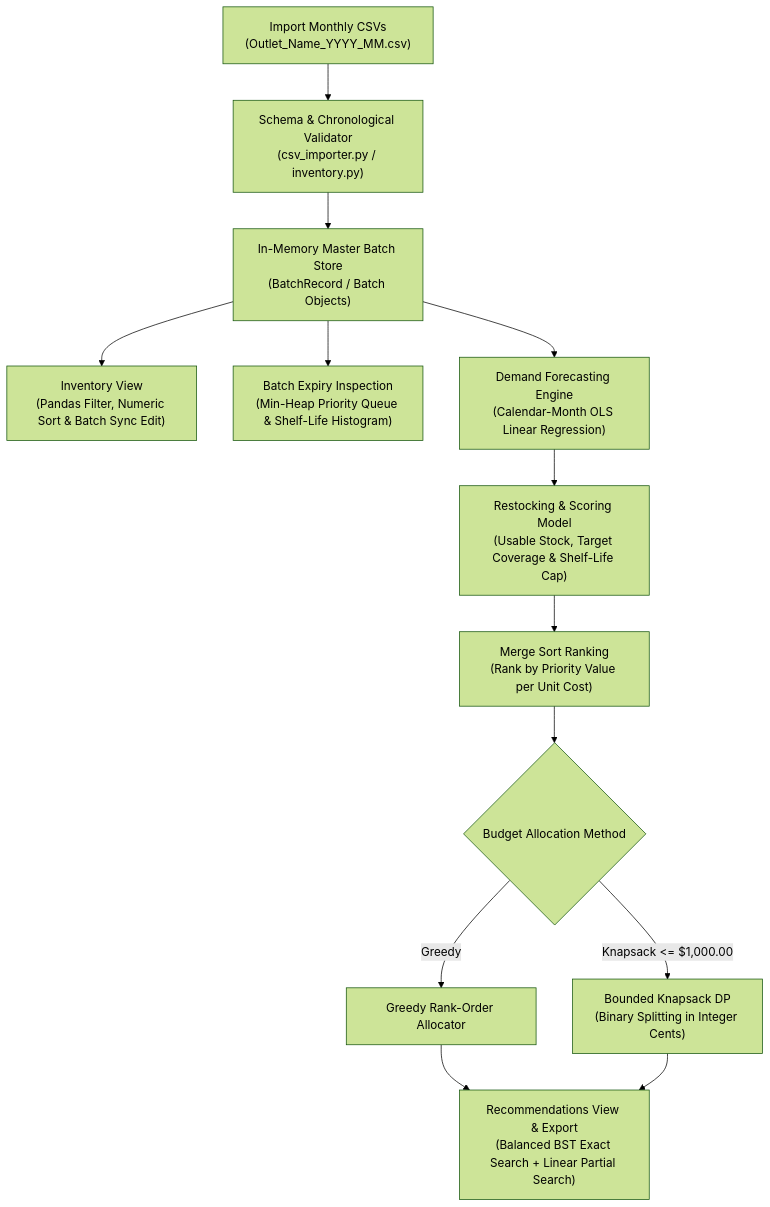
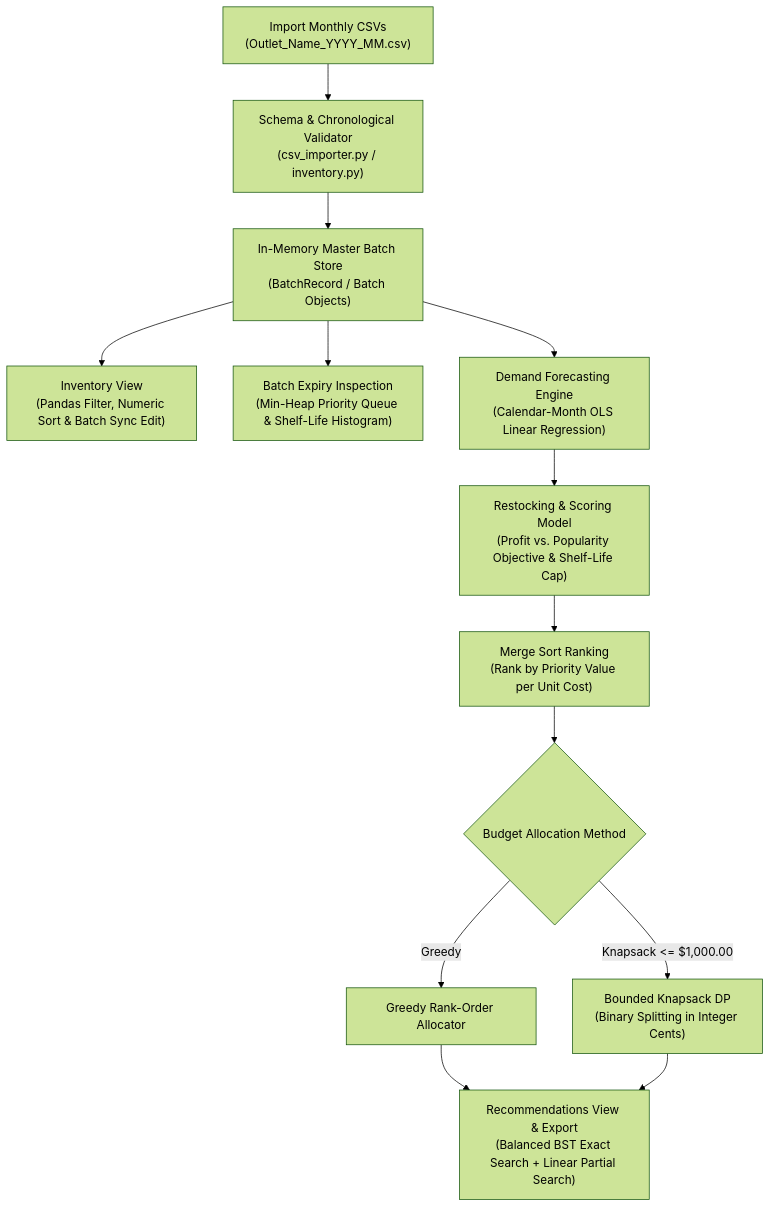
The diagram in REPORT.md (luisvoo-SIT/DSA_Project), drawn with Mermaid (forest theme) before and after one commit. The commit also changed other lines of this file and 1 other file, not shown here.

````diff
--- a/REPORT.md
+++ b/REPORT.md
@@ -68,19 +75,19 @@
 ```mermaid
 flowchart TD
     A["Import Monthly CSVs<br/>(Outlet_Name_YYYY_MM.csv)"] --> B["Schema & Chronological Validator<br/>(csv_importer.py / inventory.py)"]
     B --> C["In-Memory Master Batch Store<br/>(BatchRecord / Batch Objects)"]
     
     C --> D["Inventory View<br/>(Pandas Filter, Numeric Sort & Batch Sync Edit)"]
     C --> E["Batch Expiry Inspection<br/>(Min-Heap Priority Queue & Shelf-Life Histogram)"]
     C --> F["Demand Forecasting Engine<br/>(Calendar-Month OLS Linear Regression)"]
     
-    F --> G["Restocking & Scoring Model<br/>(Usable Stock, Target Coverage & Shelf-Life Cap)"]
+    F --> G["Restocking & Scoring Model<br/>(Profit vs. Popularity Objective & Shelf-Life Cap)"]
     G --> H["Merge Sort Ranking<br/>(Rank by Priority Value per Unit Cost)"]
     
     H --> I{"Budget Allocation Method"}
     I -->|Greedy| J["Greedy Rank-Order Allocator"]
     I -->|Knapsack <= $1,000.00| K["Bounded Knapsack DP<br/>(Binary Splitting in Integer Cents)"]
     
     J --> L["Recommendations View & Export<br/>(Balanced BST Exact Search + Linear Partial Search)"]
     K --> L
 ```
````
